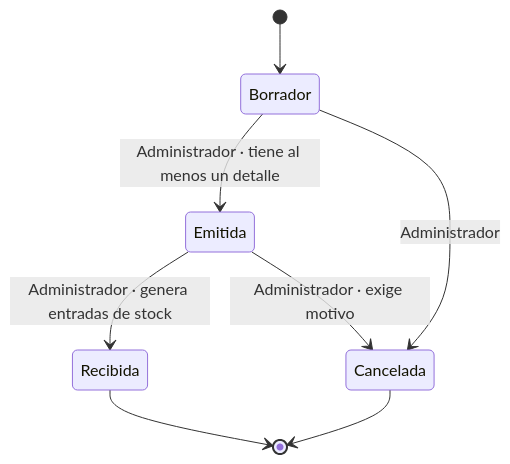
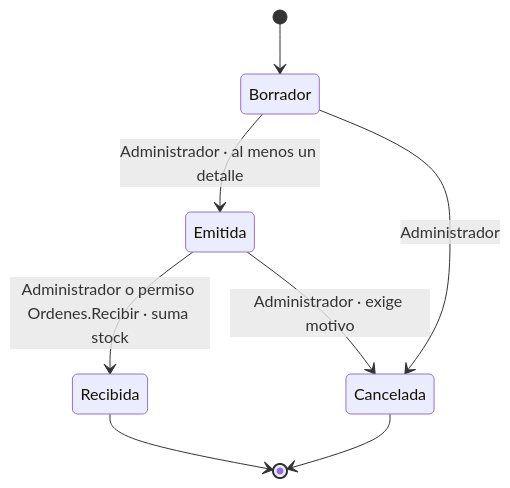
Before and after one commit to arisleidy0307/Inventario-Negocio: the diagram in docs/maquina-de-estados.md, drawn with Mermaid. The commit also changed other lines of this file, not shown here.

````diff
--- a/docs/maquina-de-estados.md
+++ b/docs/maquina-de-estados.md
@@ -41,10 +53,10 @@
 ```mermaid
 stateDiagram-v2
     [*] --> Borrador
-    Borrador --> Emitida : Administrador · tiene al menos un detalle
+    Borrador --> Emitida : Administrador · al menos un detalle
     Borrador --> Cancelada : Administrador
-    Emitida --> Recibida : Administrador · genera entradas de stock
+    Emitida --> Recibida : Administrador o permiso Ordenes.Recibir · suma stock
     Emitida --> Cancelada : Administrador · exige motivo
     Recibida --> [*]
     Cancelada --> [*]
 ```
````
